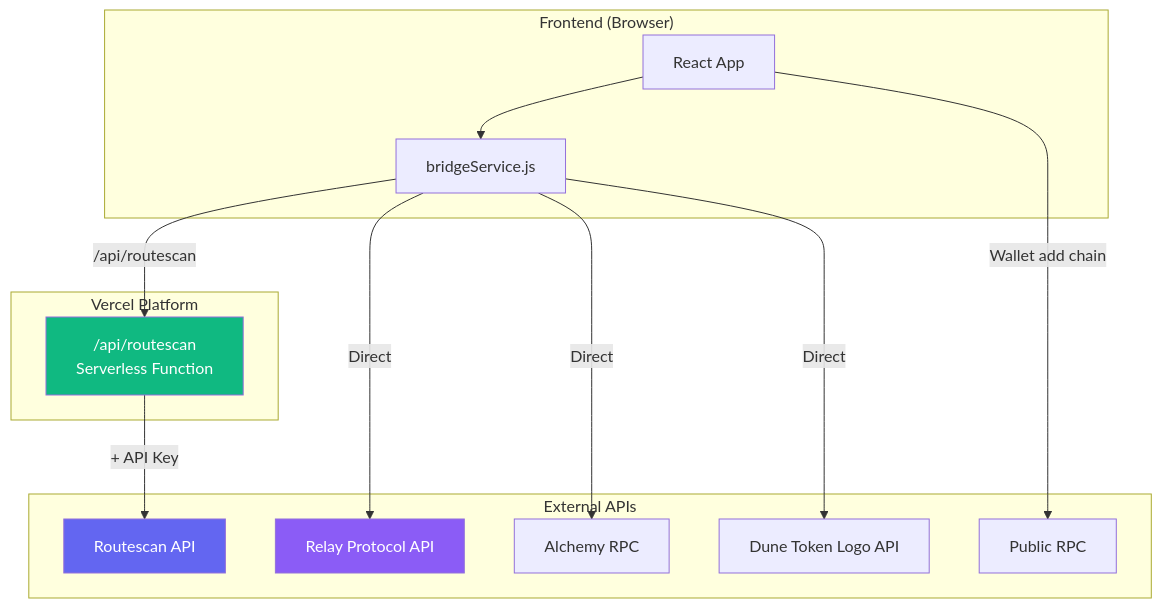
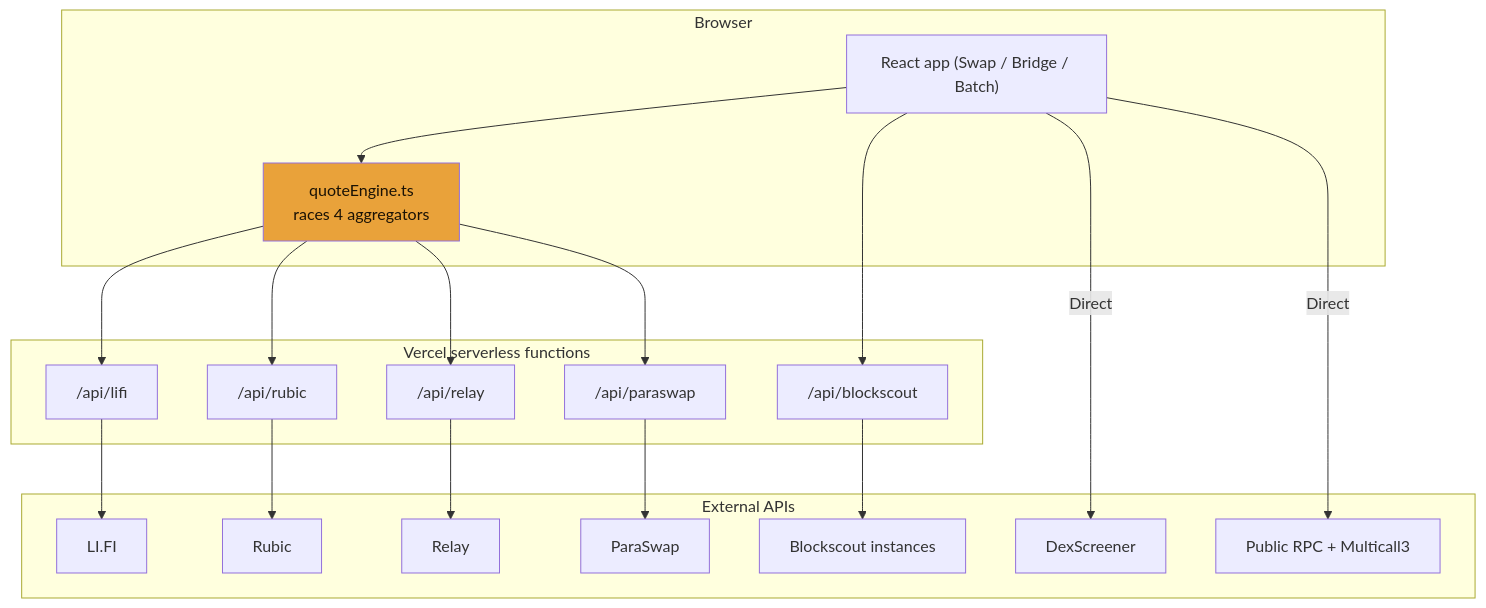
The first of 2 diagrams in README.md (Sebuska29190/batchbridge), drawn with Mermaid before and after one commit. The commit also changed other lines of this file and 1 other file, not shown here.

First line of the commit message:
docs: rewrite README for the multi-chain DEX rebuild (Task 42)

````diff
--- a/README.md
+++ b/README.md
@@ -30,31 +31,36 @@
 ```mermaid
 flowchart TB
-    subgraph Client["Frontend (Browser)"]
-        UI[React App]
-        BS[bridgeService.js]
+    subgraph Client["Browser"]
+        UI["React app (Swap / Bridge / Batch)"]
+        QE["quoteEngine.ts<br/>races 4 aggregators"]
     end
 
-    subgraph Vercel["Vercel Platform"]
-        API["/api/routescan<br/>Serverless Function"]
+    subgraph Vercel["Vercel serverless functions"]
+        P1["/api/lifi"]
+        P2["/api/rubic"]
+        P3["/api/relay"]
+        P4["/api/paraswap"]
+        P5["/api/blockscout"]
     end
 
     subgraph External["External APIs"]
-        RS[Routescan API]
-        RL[Relay Protocol API]
-        AL[Alchemy RPC]
-        PR[Public RPC]
-        DU[Dune Token Logo API]
+        LIFI[LI.FI]
+        RUBIC[Rubic]
+        RELAY[Relay]
+        PARASWAP[ParaSwap]
+        BLOCKSCOUT[Blockscout instances]
+        DEXS[DexScreener]
+        RPC["Public RPC + Multicall3"]
     end
 
-    UI --> BS
-    BS -->|"/api/routescan"| API
-    API -->|"+ API Key"| RS
-    BS -->|Direct| RL
-    BS -->|Direct| AL
-    BS -->|Direct| DU
-    UI -->|Wallet add chain| PR
+    UI --> QE
+    QE --> P1 --> LIFI
+    QE --> P2 --> RUBIC
+    QE --> P3 --> RELAY
+    QE --> P4 --> PARASWAP
+    UI --> P5 --> BLOCKSCOUT
+    UI -->|Direct| DEXS
+    UI -->|Direct| RPC
 
-    style API fill:#10b981,color:#fff
-    style RS fill:#6366f1,color:#fff
-    style RL fill:#8b5cf6,color:#fff
+    style QE fill:#e9a23a,color:#1a1205
 ```
````
